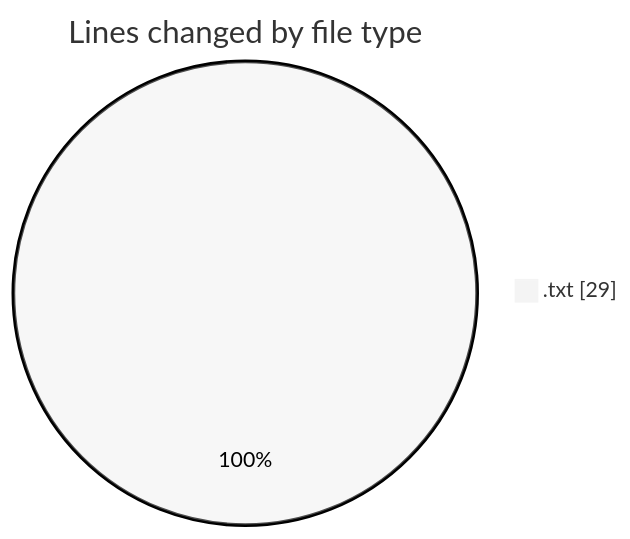
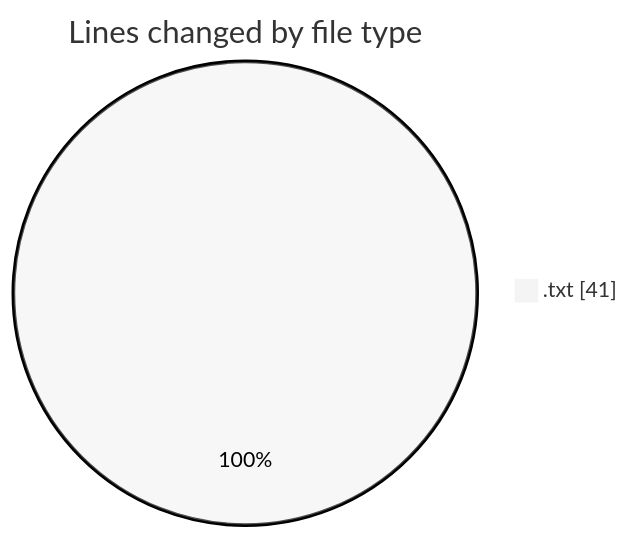
One commit to Netris89/code-tracking changed the first of 2 diagrams in 2025-04-07/echo/README.md. Above: the diagram before and after it, drawn with Mermaid (neutral theme). The commit also changed other lines of this file and 1 other file, not shown here.

````diff
--- a/2025-04-07/echo/README.md
+++ b/2025-04-07/echo/README.md
@@ -20,5 +20,5 @@
 ```mermaid
 pie showData
 title Lines changed by file type
-".txt" : 29
+".txt" : 41
 ```
````
